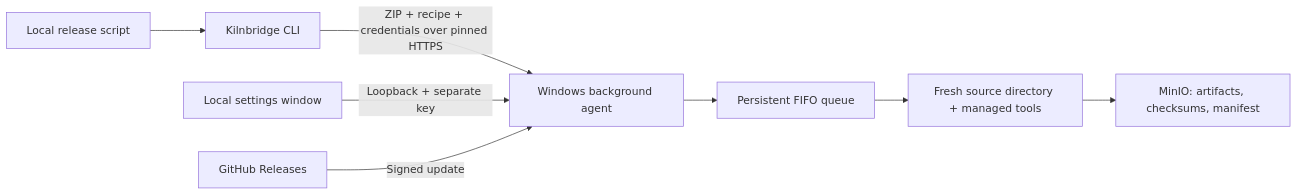
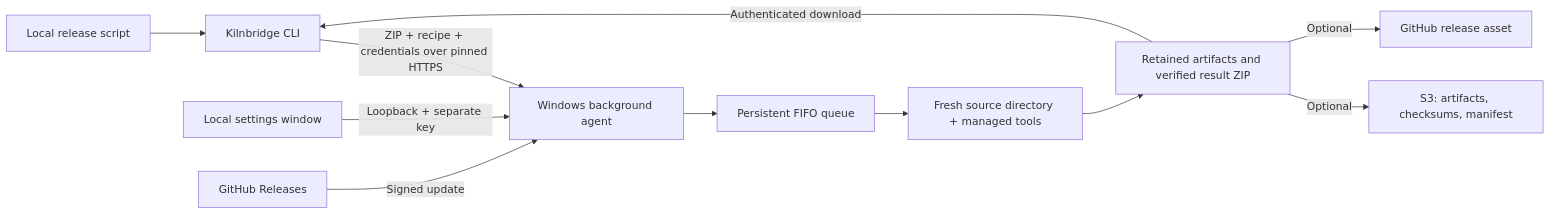
The diagram in docs/architecture.md (Jourloy/kilnbridge), drawn with Mermaid before and after one commit. The commit also changed other lines of this file and 28 other files, not shown here.

````diff
--- a/docs/architecture.md
+++ b/docs/architecture.md
@@ -3,10 +3,13 @@
 ```mermaid
 flowchart LR
     S[Local release script] --> C[Kilnbridge CLI]
     C -->|ZIP + recipe + credentials over pinned HTTPS| A[Windows background agent]
     U[Local settings window] -->|Loopback + separate key| A
     A --> Q[Persistent FIFO queue]
     Q --> B[Fresh source directory + managed tools]
-    B --> M[MinIO: artifacts, checksums, manifest]
+    B --> R[Retained artifacts and verified result ZIP]
+    R -->|Authenticated download| C
+    R -->|Optional| M[S3: artifacts, checksums, manifest]
+    R -->|Optional| P[GitHub release asset]
     G[GitHub Releases] -->|Signed update| A
 ```
````
